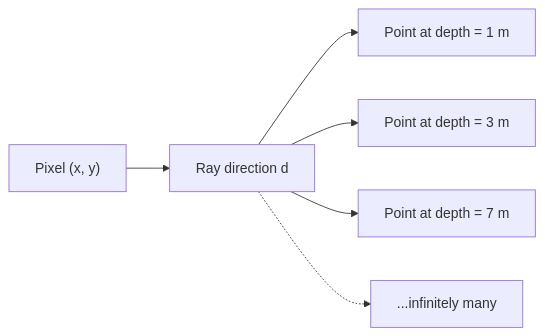
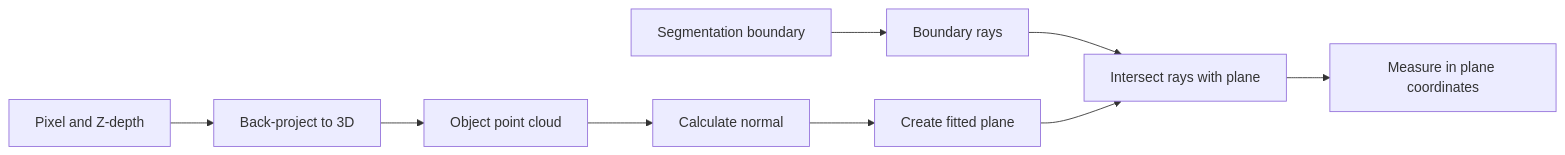
One commit to AndresNamm/blogg changed the diagram in posts/4_perspective_intrinsics_and_depth.md. Above: the diagram before and after it, drawn with Mermaid. The commit also changed other lines of this file, not shown here.

````diff
--- a/posts/4_perspective_intrinsics_and_depth.md
+++ b/posts/4_perspective_intrinsics_and_depth.md
@@ -547,8 +565,11 @@
 ```mermaid
-graph LR
-    P["Pixel (x, y)"] --> R["Ray direction d"]
-    R --> D1["Point at depth = 1 m"]
-    R --> D2["Point at depth = 3 m"]
-    R --> D3["Point at depth = 7 m"]
-    R -.-> Dn["...infinitely many"]
+flowchart LR
+  P["Pixel and Z-depth"] --> B["Back-project to 3D"]
+  B --> C["Object point cloud"]
+  C --> N["Calculate normal"]
+  N --> F["Create fitted plane"]
+  S["Segmentation boundary"] --> R["Boundary rays"]
+  R --> I["Intersect rays with plane"]
+  F --> I
+  I --> M["Measure in plane coordinates"]
 ```
````
